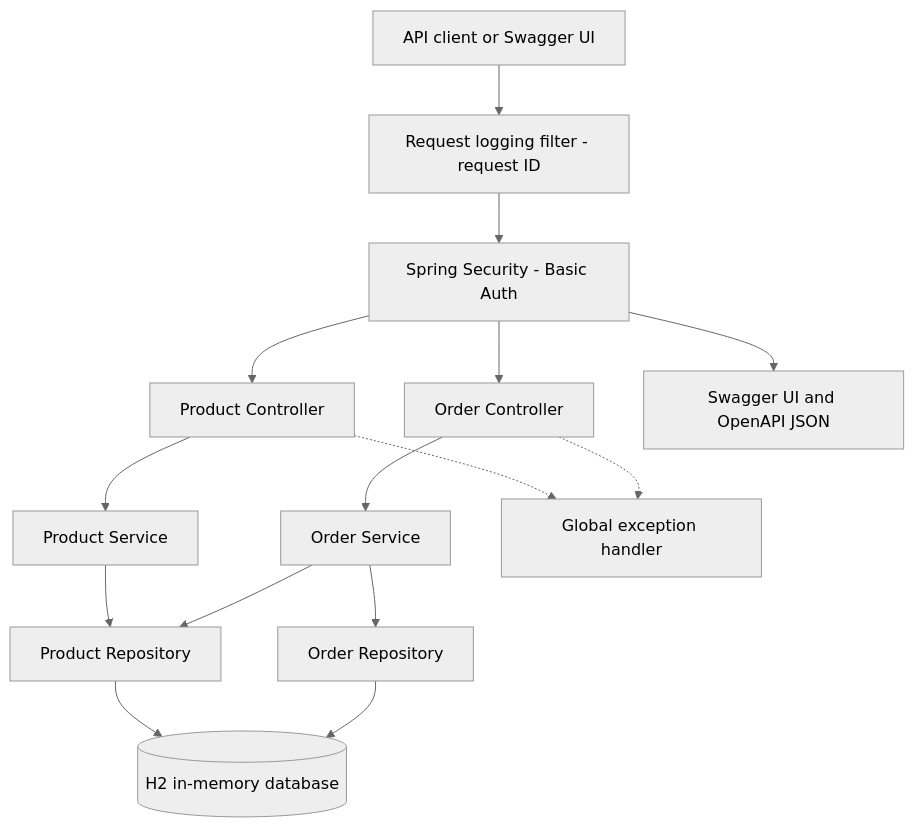
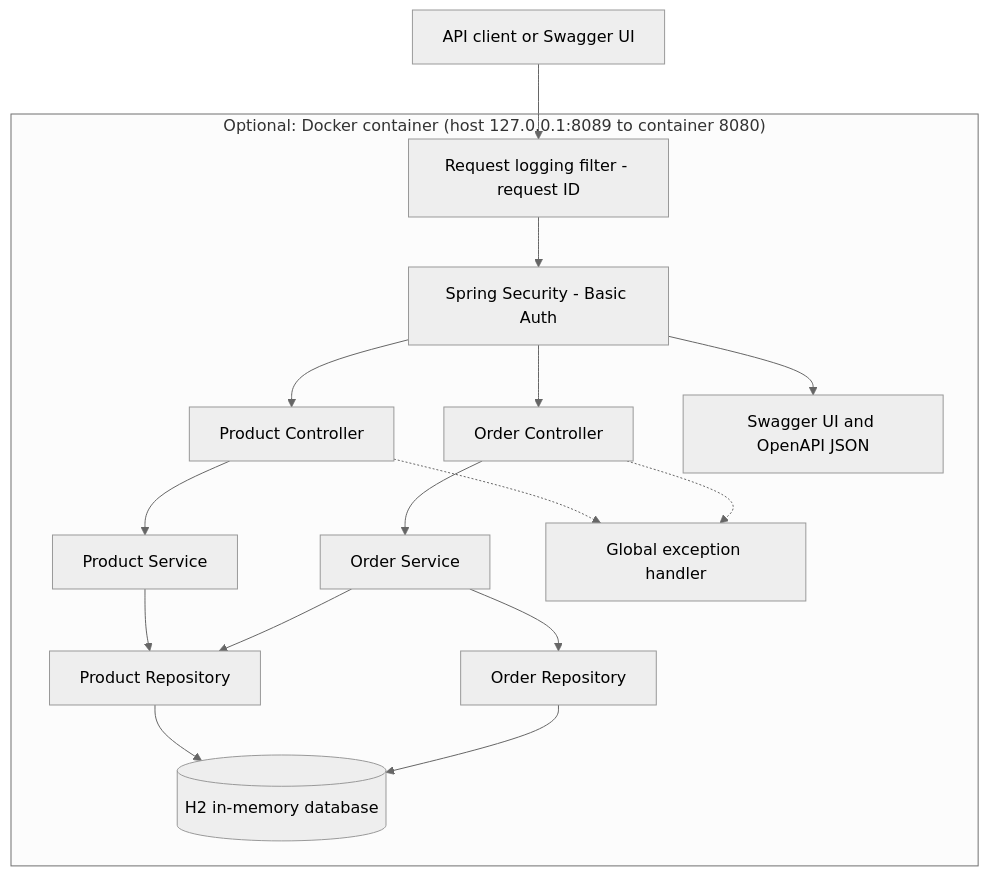
One commit to viljoencor/order-management-microservice changed the first of 2 diagrams in README.md. Above: the diagram before and after it, drawn with Mermaid (neutral theme). The commit also changed other lines of this file and 3 other files, not shown here.

Commit message:
added containerise OrderFlow API with Docker Compose

````diff
--- a/README.md
+++ b/README.md
@@ -39,17 +40,20 @@
 ```mermaid
 flowchart TD
-    Client[API client or Swagger UI] --> Log[Request logging filter - request ID]
-    Log --> Security[Spring Security - Basic Auth]
-    Security --> PC[Product Controller]
-    Security --> OC[Order Controller]
-    Security --> Docs[Swagger UI and OpenAPI JSON]
-    PC --> PS[Product Service]
-    OC --> OS[Order Service]
-    PS --> PR[Product Repository]
-    OS --> PR
-    OS --> OR[Order Repository]
-    PR --> H2[(H2 in-memory database)]
-    OR --> H2
-    PC -.-> EH[Global exception handler]
-    OC -.-> EH
+    Client[API client or Swagger UI]
+    subgraph Container["Optional: Docker container (host 127.0.0.1:8089 to container 8080)"]
+        Log[Request logging filter - request ID] --> Security[Spring Security - Basic Auth]
+        Security --> PC[Product Controller]
+        Security --> OC[Order Controller]
+        Security --> Docs[Swagger UI and OpenAPI JSON]
+        PC --> PS[Product Service]
+        OC --> OS[Order Service]
+        PS --> PR[Product Repository]
+        OS --> PR
+        OS --> OR[Order Repository]
+        PR --> H2[(H2 in-memory database)]
+        OR --> H2
+        PC -.-> EH[Global exception handler]
+        OC -.-> EH
+    end
+    Client --> Log
 ```
````
